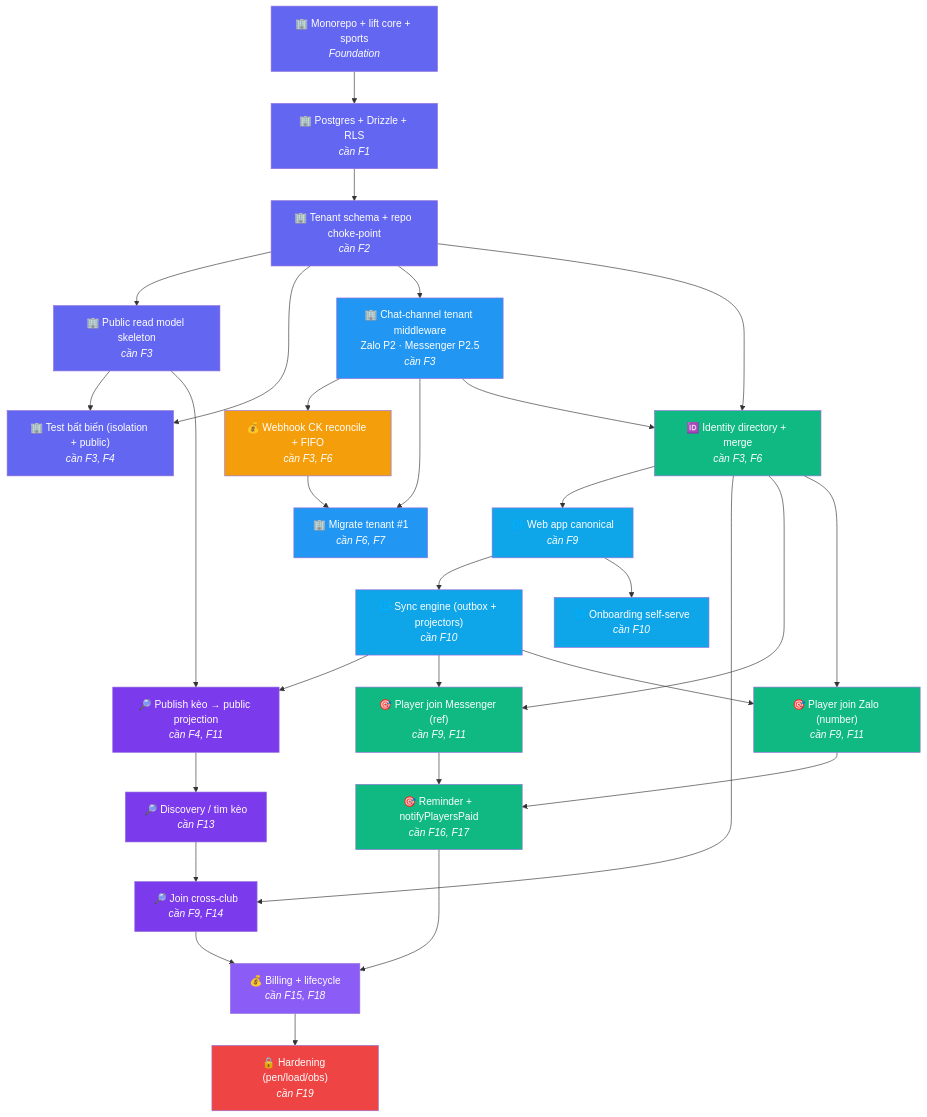
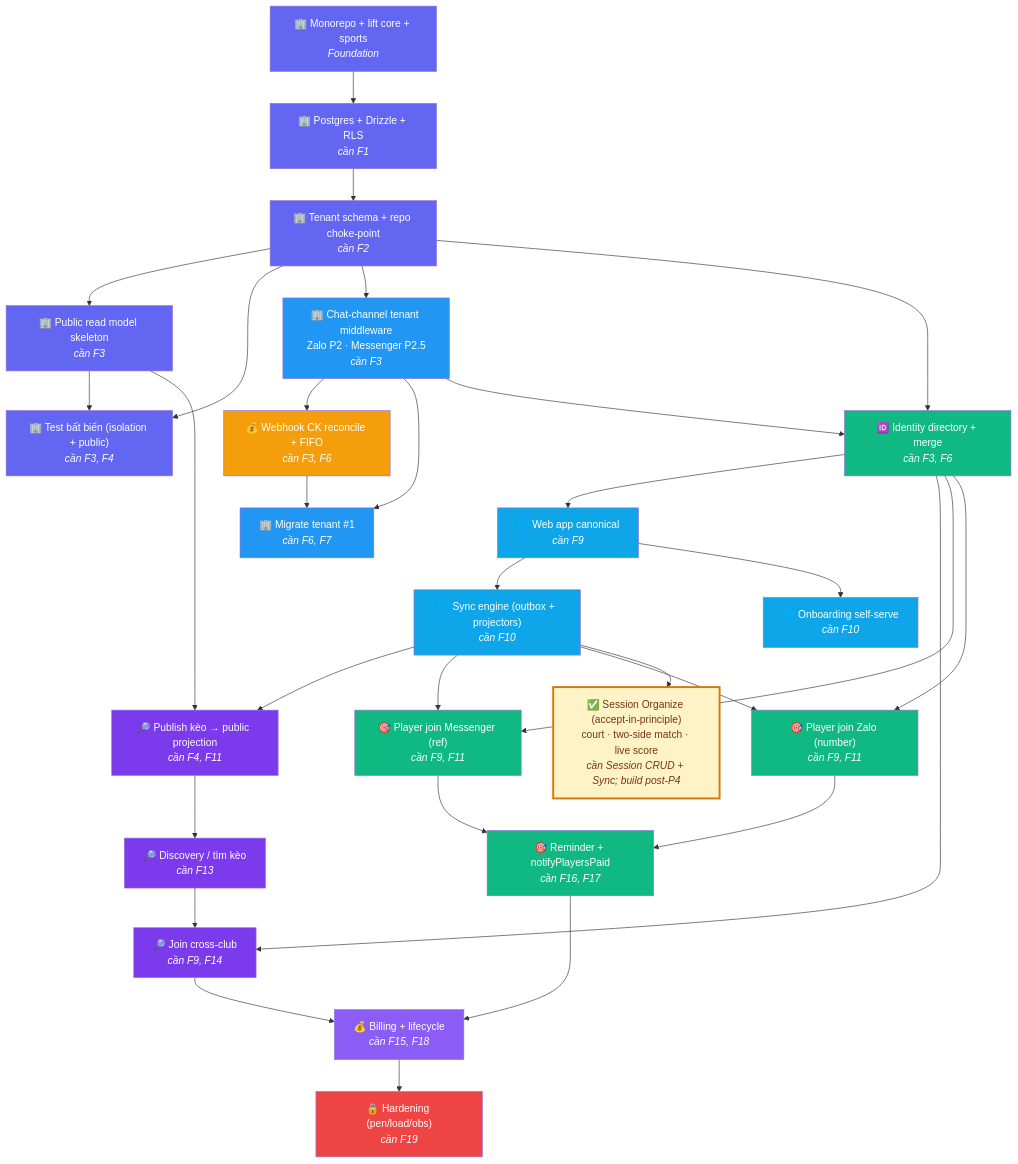
Before and after one commit to maingocanh1702/plexco-app: the diagram in docs/standards/feature-dependency-graph.md, drawn with Mermaid. The commit also changed other lines of this file and 103 other files, not shown here.

````diff
--- a/docs/standards/feature-dependency-graph.md
+++ b/docs/standards/feature-dependency-graph.md
@@ -10,72 +10,75 @@
 ```mermaid
 graph TD
     F1["🏢 Monorepo + lift core + sports<br/><i>Foundation</i>"]
     F2["🏢 Postgres + Drizzle + RLS<br/><i>cần F1</i>"]
     F3["🏢 Tenant schema + repo choke-point<br/><i>cần F2</i>"]
     F4["🏢 Public read model skeleton<br/><i>cần F3</i>"]
     F5["🏢 Test bất biến (isolation + public)<br/><i>cần F3, F4</i>"]
     F6["🏢 Chat-channel tenant middleware<br/>Zalo P2 · Messenger P2.5<br/><i>cần F3</i>"]
     F7["💰 Webhook CK reconcile + FIFO<br/><i>cần F3, F6</i>"]
     F8["🏢 Migrate tenant #1<br/><i>cần F6, F7</i>"]
     F9["🆔 Identity directory + merge<br/><i>cần F3, F6</i>"]
     F10["🌐 Web app canonical<br/><i>cần F9</i>"]
     F11["🌐 Sync engine (outbox + projectors)<br/><i>cần F10</i>"]
     F12["🌐 Onboarding self-serve<br/><i>cần F10</i>"]
     F13["🔎 Publish kèo → public projection<br/><i>cần F4, F11</i>"]
     F14["🔎 Discovery / tìm kèo<br/><i>cần F13</i>"]
     F15["🔎 Join cross-club<br/><i>cần F9, F14</i>"]
     F16["🎯 Player join Messenger (ref)<br/><i>cần F9, F11</i>"]
     F17["🎯 Player join Zalo (number)<br/><i>cần F9, F11</i>"]
     F18["🎯 Reminder + notifyPlayersPaid<br/><i>cần F16, F17</i>"]
     F19["💰 Billing + lifecycle<br/><i>cần F15, F18</i>"]
     F20["🔒 Hardening (pen/load/obs)<br/><i>cần F19</i>"]
+    F21["✅ Session Organize (accept-in-principle)<br/>court · two-side match · live score<br/><i>cần Session CRUD + Sync; build post-P4</i>"]
 
     F1 --> F2 --> F3
     F3 --> F4
     F3 --> F5
     F4 --> F5
     F3 --> F6
     F6 --> F7
     F6 --> F8
     F7 --> F8
     F3 --> F9
     F6 --> F9
     F9 --> F10
     F10 --> F11
     F10 --> F12
     F4 --> F13
     F11 --> F13
     F13 --> F14
     F14 --> F15
     F9 --> F15
     F9 --> F16
     F11 --> F16
     F9 --> F17
     F11 --> F17
     F16 --> F18
     F17 --> F18
     F15 --> F19
     F18 --> F19
     F19 --> F20
+    F11 --> F21
 
     style F1 fill:#6366f1,color:#fff
     style F2 fill:#6366f1,color:#fff
     style F3 fill:#6366f1,color:#fff
     style F4 fill:#6366f1,color:#fff
     style F5 fill:#6366f1,color:#fff
     style F6 fill:#2196F3,color:#fff
     style F7 fill:#f59e0b,color:#fff
     style F8 fill:#2196F3,color:#fff
     style F9 fill:#10b981,color:#fff
     style F10 fill:#0ea5e9,color:#fff
     style F11 fill:#0ea5e9,color:#fff
     style F12 fill:#0ea5e9,color:#fff
     style F13 fill:#7c3aed,color:#fff
     style F14 fill:#7c3aed,color:#fff
     style F15 fill:#7c3aed,color:#fff
     style F16 fill:#10b981,color:#fff
     style F17 fill:#10b981,color:#fff
     style F18 fill:#10b981,color:#fff
     style F19 fill:#8b5cf6,color:#fff
     style F20 fill:#ef4444,color:#fff
+    style F21 fill:#fef3c7,color:#78350f,stroke:#d97706,stroke-width:3px
 ```
````
